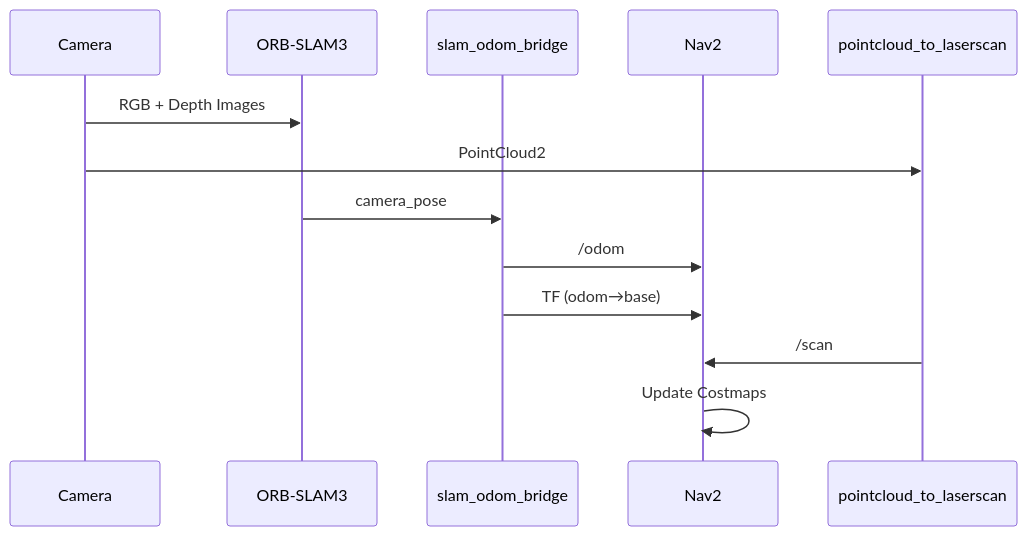
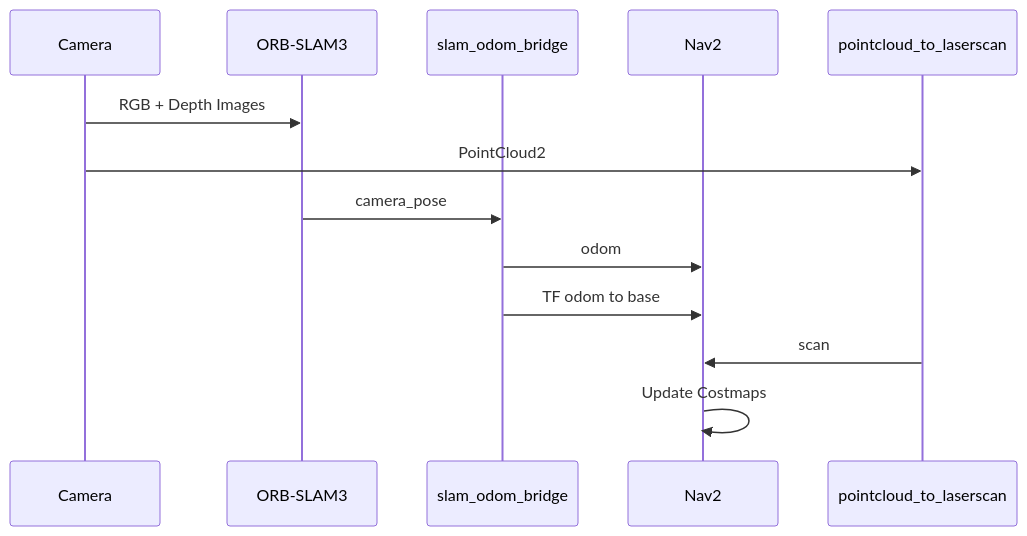
Before and after one commit to KashmeeraTT/Ackerman_UGV: the seventh of 13 diagrams in SYSTEM_DOCUMENTATION.md, drawn with Mermaid. The commit also changed other lines of this file, not shown here.

Commit message:
docs: Simplify mermaid diagram labels, subgraph titles, and minor text for improved readability.

````diff
--- a/SYSTEM_DOCUMENTATION.md
+++ b/SYSTEM_DOCUMENTATION.md
@@ -389,16 +388,16 @@
 ```mermaid
 sequenceDiagram
     participant Cam as Camera
     participant ORB as ORB-SLAM3
     participant Bridge as slam_odom_bridge
     participant Nav as Nav2
     participant P2L as pointcloud_to_laserscan
     
     Cam->>ORB: RGB + Depth Images
     Cam->>P2L: PointCloud2
     ORB->>Bridge: camera_pose
-    Bridge->>Nav: /odom
-    Bridge->>Nav: TF (odom→base)
-    P2L->>Nav: /scan
+    Bridge->>Nav: odom
+    Bridge->>Nav: TF odom to base
+    P2L->>Nav: scan
     Nav->>Nav: Update Costmaps
 ```
````
